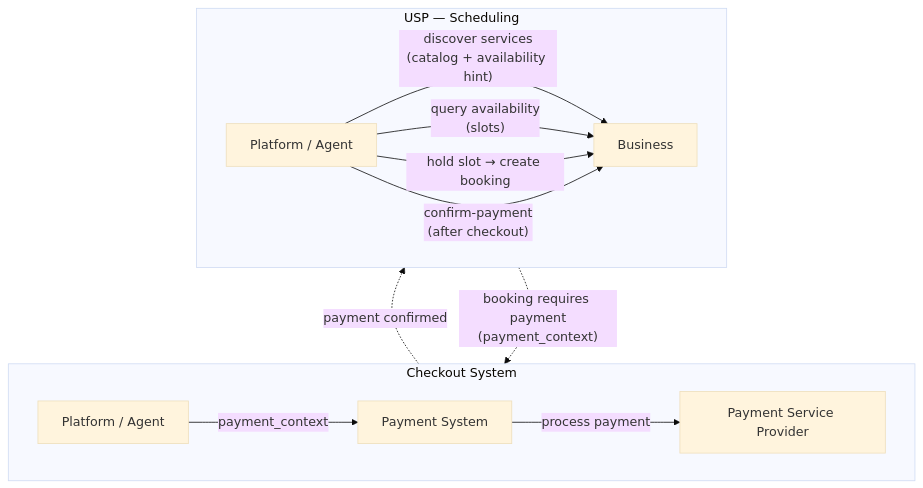
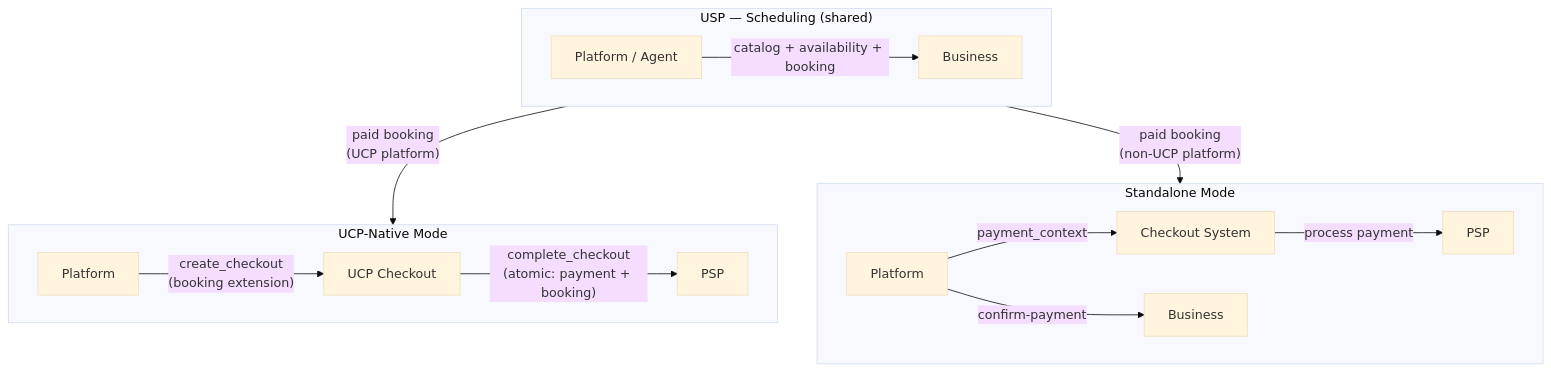
One commit to wix/universal-scheduling-protocol changed the second of 9 diagrams in specification.md. Above: the diagram before and after it, drawn with Mermaid (base theme). The commit also changed other lines of this file and 17 other files, not shown here.

````diff
--- a/specification.md
+++ b/specification.md
@@ -273,20 +368,23 @@
 ```mermaid
-graph BT
-
-    subgraph USP ["USP — Scheduling"]
+graph TD
+    subgraph USP ["USP — Scheduling (shared)"]
         direction LR
-        P[Platform / Agent] -- "discover services\n(catalog + availability hint)" --> B[Business]
-        P -- "query availability\n(slots)" --> B
-        P -- "hold slot → create booking" --> B
-        P -- "confirm-payment\n(after checkout)" --> B
+        P[Platform / Agent] -- "catalog + availability + booking" --> B[Business]
     end
 
-    subgraph CS ["Checkout System"]
+    subgraph UCP_Mode ["UCP-Native Mode"]
         direction LR
-        P2[Platform / Agent] -- "payment_context" --> CS_IMPL["Payment System"]
-        CS_IMPL -- "process payment" --> PSP[Payment Service Provider]
+        P1[Platform] -- "create_checkout\n(booking extension)" --> UCP[UCP Checkout]
+        UCP -- "complete_checkout\n(atomic: payment + booking)" --> PSP1[PSP]
     end
 
-    USP -. "booking requires payment\n(payment_context)" .-> CS
-    CS -. "payment confirmed" .-> USP
+    subgraph Standalone_Mode ["Standalone Mode"]
+        direction LR
+        P2[Platform] -- "payment_context" --> CS[Checkout System]
+        CS -- "process payment" --> PSP2[PSP]
+        P2 -- "confirm-payment" --> B2[Business]
+    end
+
+    USP -- "paid booking\n(UCP platform)" --> UCP_Mode
+    USP -- "paid booking\n(non-UCP platform)" --> Standalone_Mode
 ```
````
